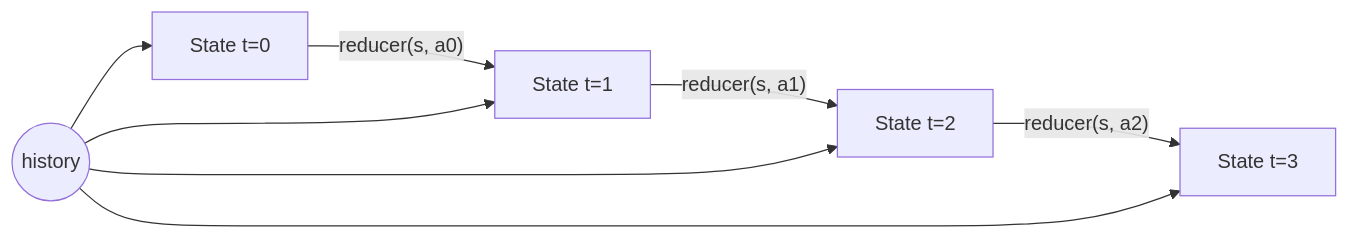
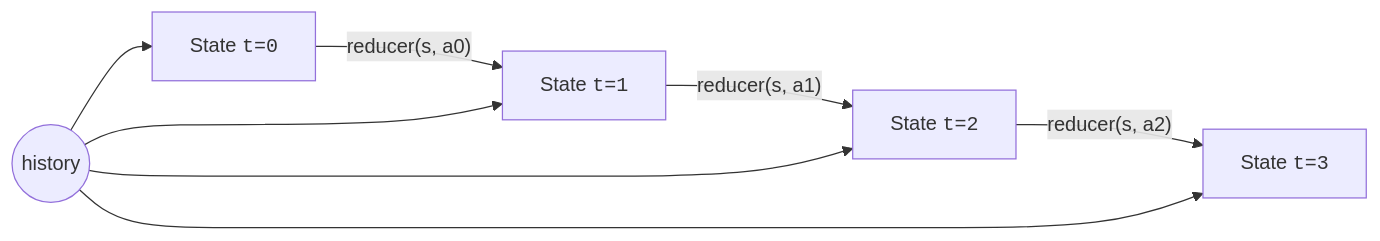
One commit to dataslope/dataslope changed the diagram in content/learn/functional-programming-typescript/functional-state-management.mdx. Above: the diagram before and after it, drawn with Mermaid. The commit also changed 100 other files, not shown here.

First line of the commit message:
Wrap more code in diagram labels: filenames, hex, assignments, subgraph titles

````diff
--- a/content/learn/functional-programming-typescript/functional-state-management.mdx
+++ b/content/learn/functional-programming-typescript/functional-state-management.mdx
@@ -263,7 +263,7 @@
 ```mermaid
 flowchart LR
-    S0[State t=0] -- "reducer(s, a0)" --> S1[State t=1]
-    S1 -- "reducer(s, a1)" --> S2[State t=2]
-    S2 -- "reducer(s, a2)" --> S3[State t=3]
+    S0["State <code>t=0</code>"] -- "reducer(s, a0)" --> S1["State <code>t=1</code>"]
+    S1 -- "reducer(s, a1)" --> S2["State <code>t=2</code>"]
+    S2 -- "reducer(s, a2)" --> S3["State <code>t=3</code>"]
     H((history)) --> S0 & S1 & S2 & S3
 ```
````
